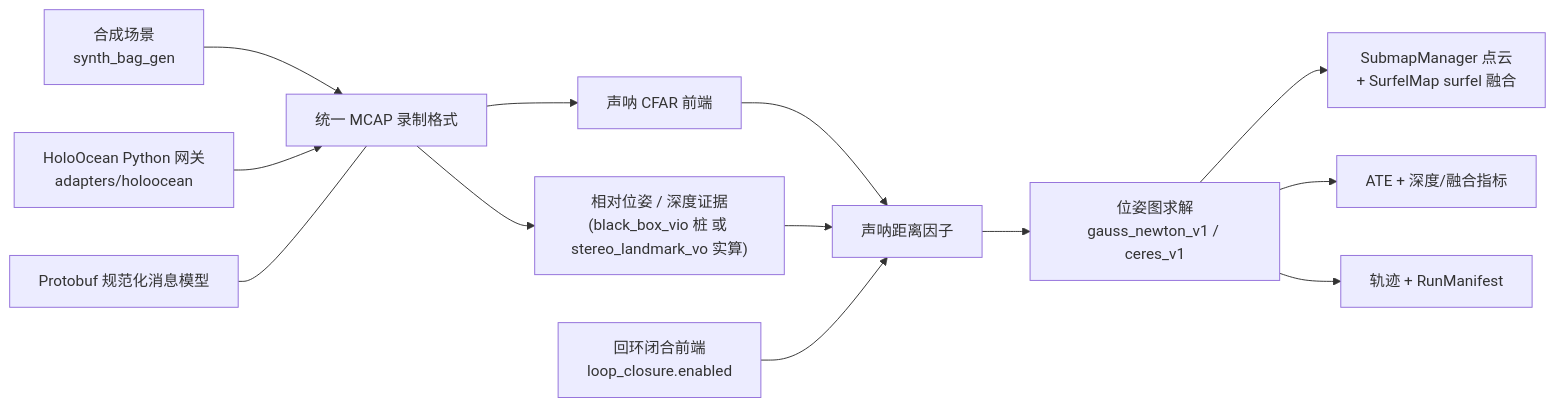
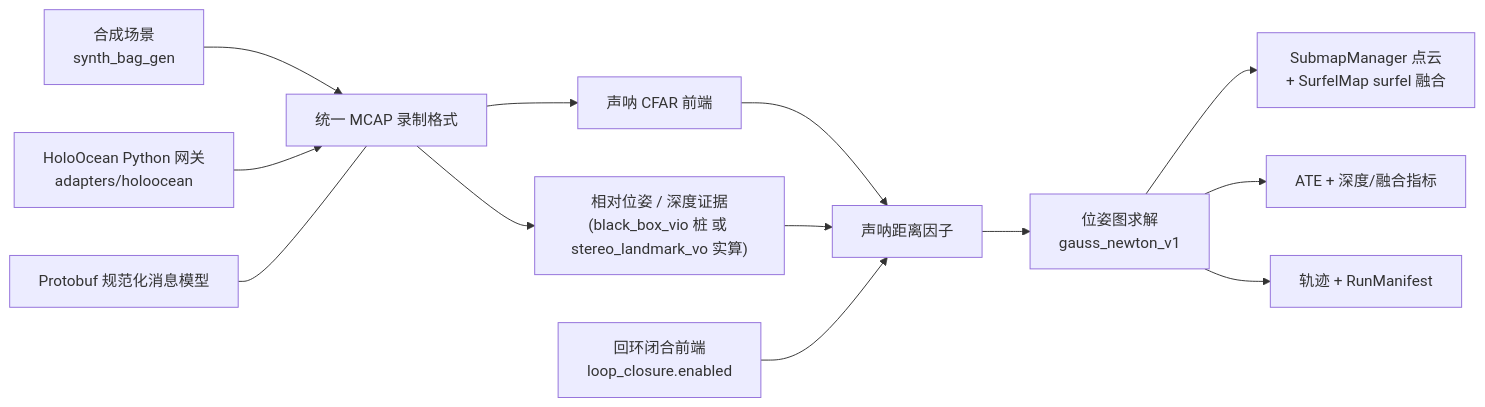
Before and after one commit to PengBY91/uw_slam_simplify: the first of 3 diagrams in README.md, drawn with Mermaid. The commit also changed other lines of this file and 52 other files, not shown here.

````diff
--- a/README.md
+++ b/README.md
@@ -295,16 +210,16 @@
 ```mermaid
 flowchart LR
     SYN[合成场景<br/>synth_bag_gen] --> MCAP[统一 MCAP 录制格式]
     HOP[HoloOcean Python 网关<br/>adapters/holoocean] --> MCAP
 
     PB[Protobuf 规范化消息模型] --- MCAP
     MCAP --> FE[声呐 CFAR 前端]
     MCAP --> ODO["相对位姿 / 深度证据<br/>(black_box_vio 桩 或 stereo_landmark_vo 实算)"]
     FE --> FACTOR[声呐距离因子]
     ODO --> FACTOR
     LC[回环闭合前端<br/>loop_closure.enabled] --> FACTOR
-    FACTOR --> EST["位姿图求解<br/>gauss_newton_v1 / ceres_v1"]
+    FACTOR --> EST["位姿图求解<br/>gauss_newton_v1"]
     EST --> MAP["SubmapManager 点云<br/>+ SurfelMap surfel 融合"]
     EST --> EVAL[ATE + 深度/融合指标]
     EST --> OUT[轨迹 + RunManifest]
 ```
````
